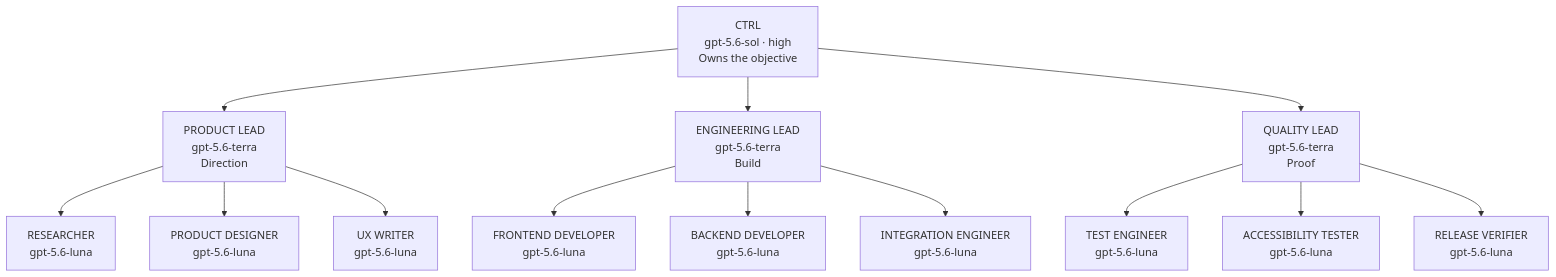
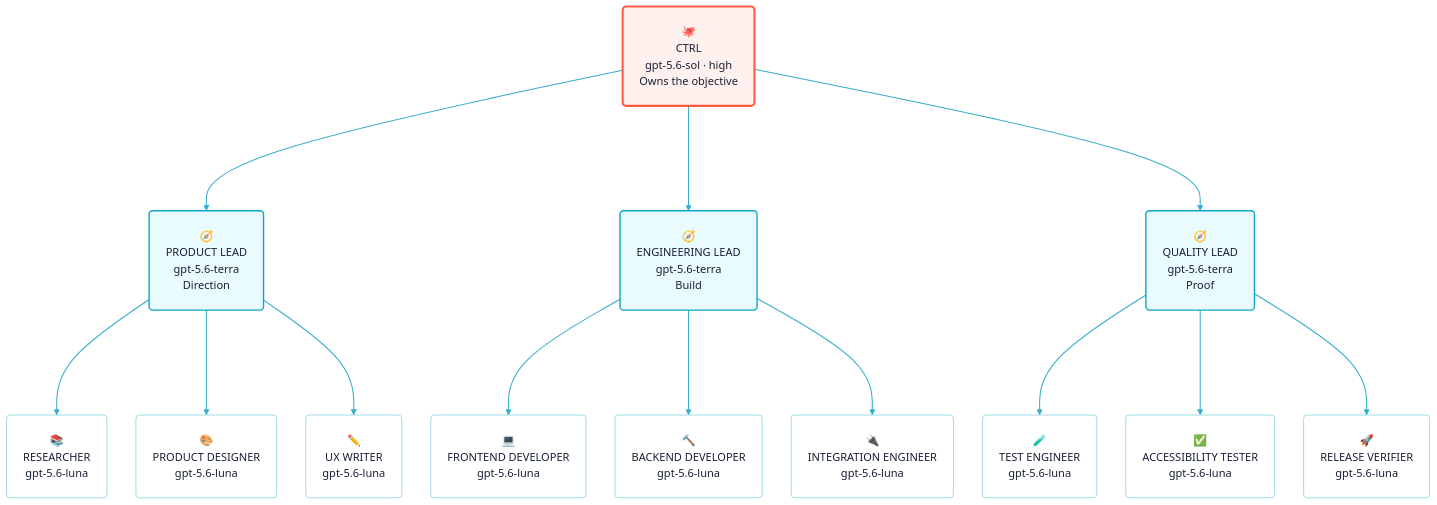
Before and after one commit to flowwweb/swarm: the diagram in README.md, drawn with Mermaid. The commit also changed other lines of this file and 8 other files, not shown here.

````diff
--- a/README.md
+++ b/README.md
@@ -27,20 +27,29 @@
 ```mermaid
+%%{init: {"theme":"base","themeVariables":{"lineColor":"#36aeca"},"flowchart":{"nodeSpacing":42,"rankSpacing":152,"curve":"basis","padding":24}}}%%
 flowchart TB
-  C["CTRL<br/>gpt-5.6-sol · high<br/>Owns the objective"]
+  C("🐙<br/>CTRL<br/>gpt-5.6-sol · high<br/>Owns the objective")
 
-  C --> P["PRODUCT LEAD<br/>gpt-5.6-terra<br/>Direction"]
-  C --> E["ENGINEERING LEAD<br/>gpt-5.6-terra<br/>Build"]
-  C --> Q["QUALITY LEAD<br/>gpt-5.6-terra<br/>Proof"]
+  C --> P("🧭<br/>PRODUCT LEAD<br/>gpt-5.6-terra<br/>Direction")
+  C --> E("🧭<br/>ENGINEERING LEAD<br/>gpt-5.6-terra<br/>Build")
+  C --> Q("🧭<br/>QUALITY LEAD<br/>gpt-5.6-terra<br/>Proof")
 
-  P --> P1["RESEARCHER<br/>gpt-5.6-luna"]
-  P --> P2["PRODUCT DESIGNER<br/>gpt-5.6-luna"]
-  P --> P3["UX WRITER<br/>gpt-5.6-luna"]
+  P --> P1("📚<br/>RESEARCHER<br/>gpt-5.6-luna")
+  P --> P2("🎨<br/>PRODUCT DESIGNER<br/>gpt-5.6-luna")
+  P --> P3("✏️<br/>UX WRITER<br/>gpt-5.6-luna")
 
-  E --> E1["FRONTEND DEVELOPER<br/>gpt-5.6-luna"]
-  E --> E2["BACKEND DEVELOPER<br/>gpt-5.6-luna"]
-  E --> E3["INTEGRATION ENGINEER<br/>gpt-5.6-luna"]
+  E --> E1("💻<br/>FRONTEND DEVELOPER<br/>gpt-5.6-luna")
+  E --> E2("🔨<br/>BACKEND DEVELOPER<br/>gpt-5.6-luna")
+  E --> E3("🔌<br/>INTEGRATION ENGINEER<br/>gpt-5.6-luna")
 
-  Q --> Q1["TEST ENGINEER<br/>gpt-5.6-luna"]
-  Q --> Q2["ACCESSIBILITY TESTER<br/>gpt-5.6-luna"]
-  Q --> Q3["RELEASE VERIFIER<br/>gpt-5.6-luna"]
+  Q --> Q1("🧪<br/>TEST ENGINEER<br/>gpt-5.6-luna")
+  Q --> Q2("✅<br/>ACCESSIBILITY TESTER<br/>gpt-5.6-luna")
+  Q --> Q3("🚀<br/>RELEASE VERIFIER<br/>gpt-5.6-luna")
+
+  classDef ctrl fill:#fff1ed,stroke:#ff5b45,color:#172033,stroke-width:3px;
+  classDef lead fill:#e9fbff,stroke:#0ea5c6,color:#172033,stroke-width:2px;
+  classDef doer fill:#ffffff,stroke:#78cddd,color:#172033,stroke-width:1px;
+  class C ctrl;
+  class P,E,Q lead;
+  class P1,P2,P3,E1,E2,E3,Q1,Q2,Q3 doer;
+  linkStyle default stroke:#36aeca,stroke-width:1.5px;
 ```
````
